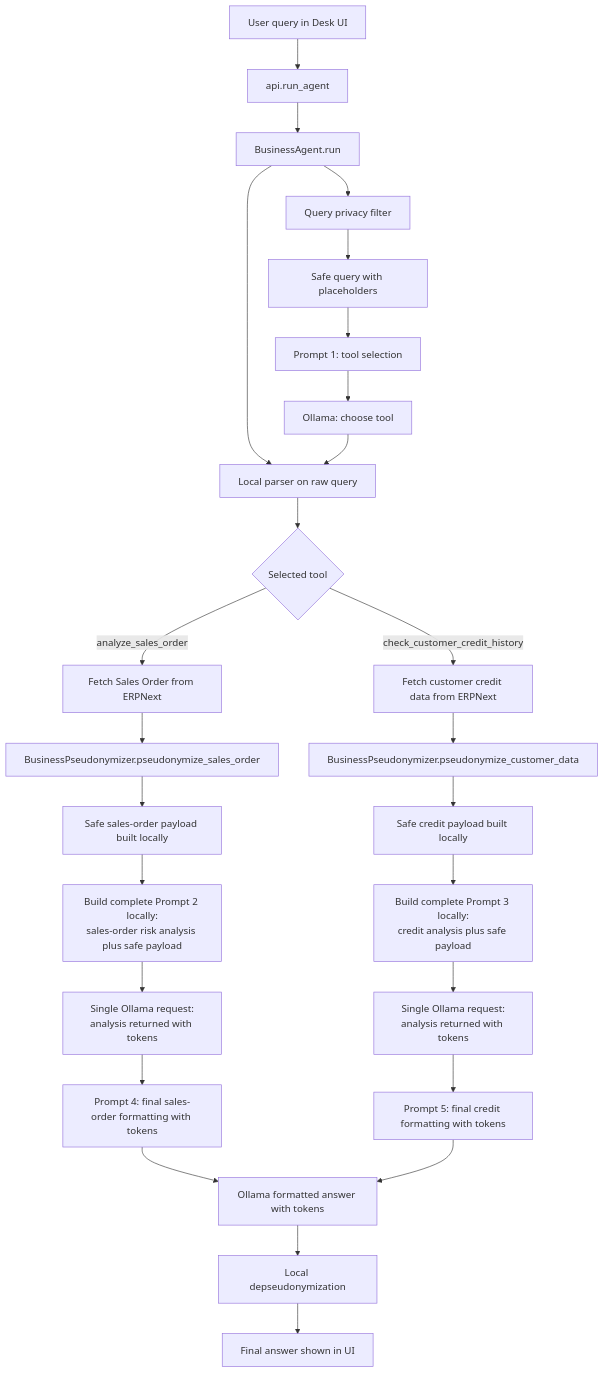
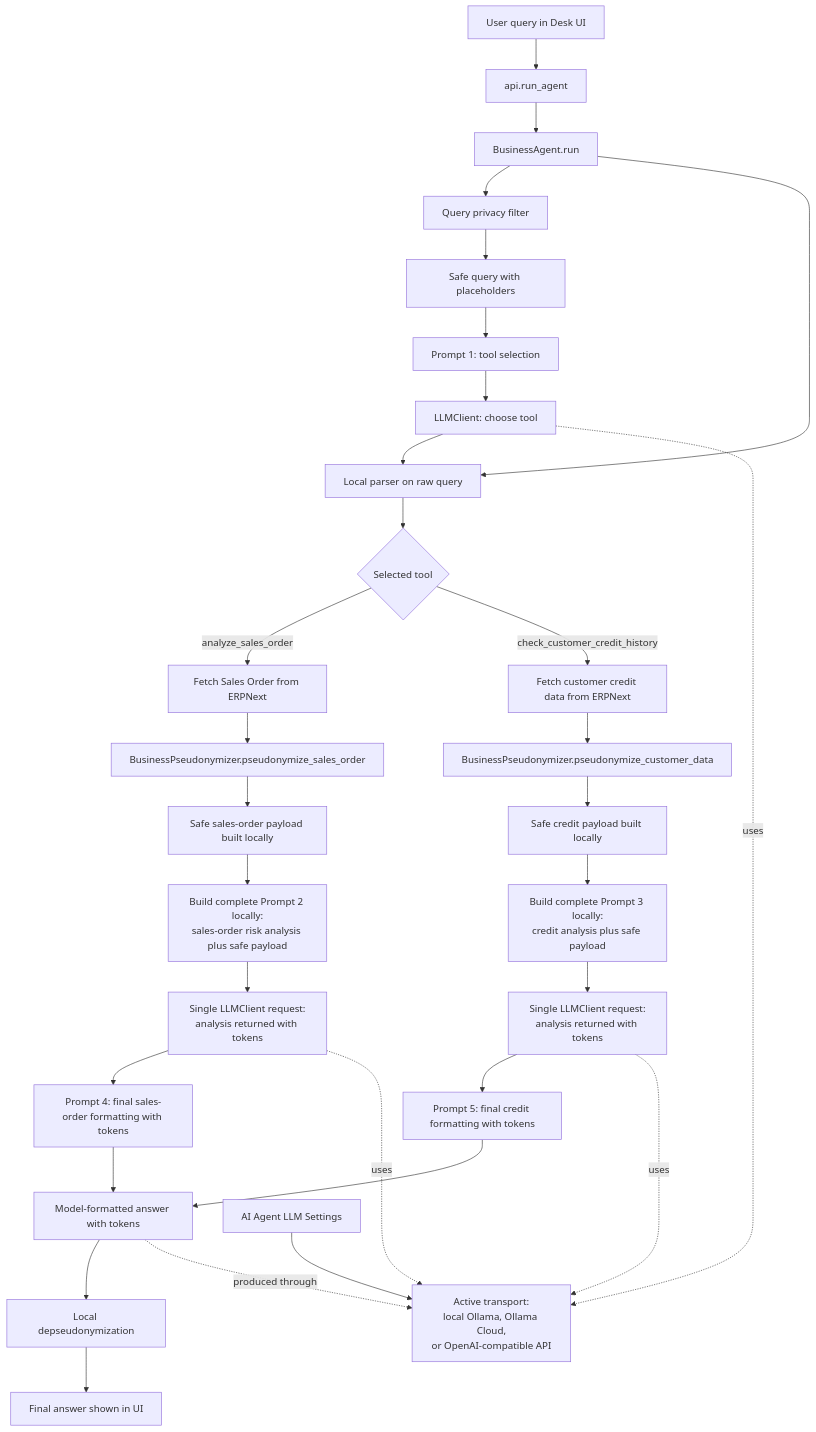
The first of 2 diagrams in docs/privacy_prompt_flow.md (siasty/Ai-agent-demo-), drawn with Mermaid before and after one commit. The commit also changed other lines of this file and 13 other files, not shown here.

````diff
--- a/docs/privacy_prompt_flow.md
+++ b/docs/privacy_prompt_flow.md
@@ -10,38 +15,44 @@
 ```mermaid
 flowchart TD
     U[User query in Desk UI] --> API[api.run_agent]
     API --> A[BusinessAgent.run]
 
     A --> QF[Query privacy filter]
     QF --> SQ[Safe query with placeholders]
     SQ --> P1[Prompt 1: tool selection]
-    P1 --> O1[Ollama: choose tool]
+    P1 --> C1[LLMClient: choose tool]
 
     A --> LP[Local parser on raw query]
-    O1 --> LP
+    C1 --> LP
     LP --> T{Selected tool}
 
     T -->|analyze_sales_order| SO[Fetch Sales Order from ERPNext]
     T -->|check_customer_credit_history| CR[Fetch customer credit data from ERPNext]
 
     SO --> PSO[BusinessPseudonymizer.pseudonymize_sales_order]
     CR --> PCR[BusinessPseudonymizer.pseudonymize_customer_data]
 
     PSO --> SOD[Safe sales-order payload built locally]
     PCR --> CRD[Safe credit payload built locally]
 
     SOD --> P2[Build complete Prompt 2 locally:<br/>sales-order risk analysis plus safe payload]
     CRD --> P3[Build complete Prompt 3 locally:<br/>credit analysis plus safe payload]
 
-    P2 --> O2[Single Ollama request:<br/>analysis returned with tokens]
-    P3 --> O3[Single Ollama request:<br/>analysis returned with tokens]
+    P2 --> O2[Single LLMClient request:<br/>analysis returned with tokens]
+    P3 --> O3[Single LLMClient request:<br/>analysis returned with tokens]
 
     O2 --> P4[Prompt 4: final sales-order formatting with tokens]
     O3 --> P5[Prompt 5: final credit formatting with tokens]
 
-    P4 --> FO[Ollama formatted answer with tokens]
+    P4 --> FO[Model-formatted answer with tokens]
     P5 --> FO
 
     FO --> R[Local depseudonymization]
     R --> UI[Final answer shown in UI]
+
+    CFG[AI Agent LLM Settings] --> TR[Active transport:<br/>local Ollama, Ollama Cloud,<br/>or OpenAI-compatible API]
+    C1 -. uses .-> TR
+    O2 -. uses .-> TR
+    O3 -. uses .-> TR
+    FO -. produced through .-> TR
 ```
````
